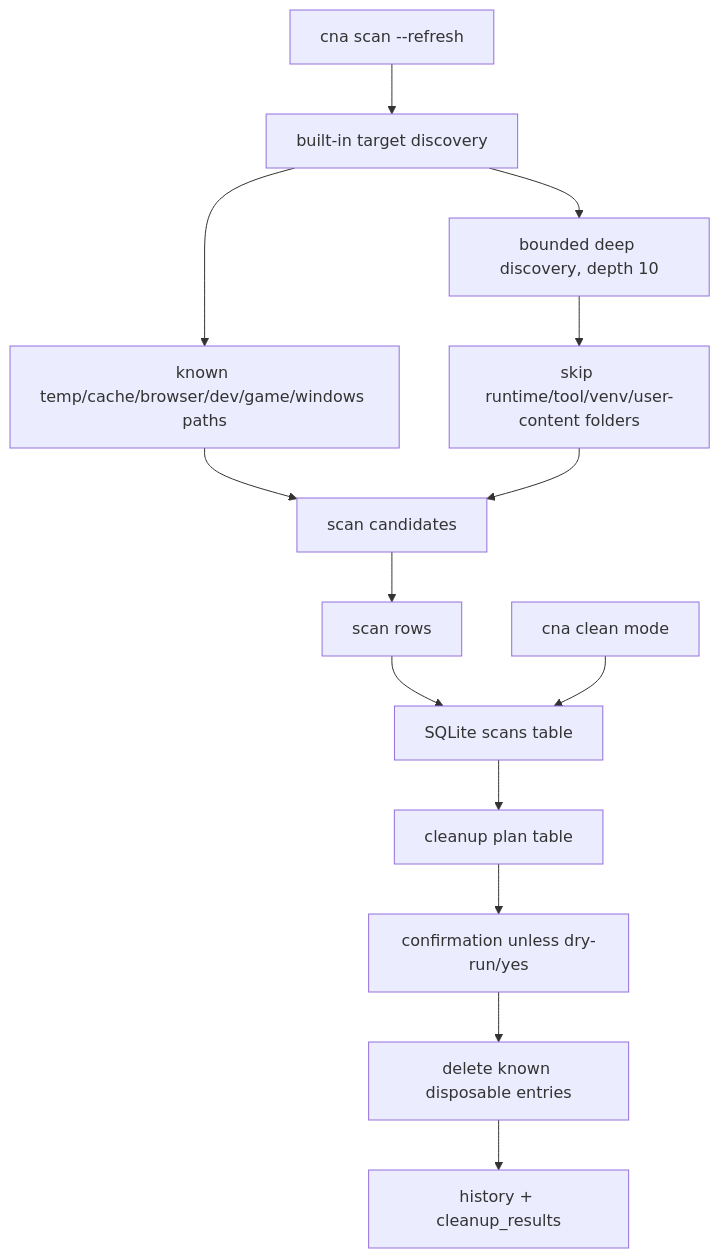
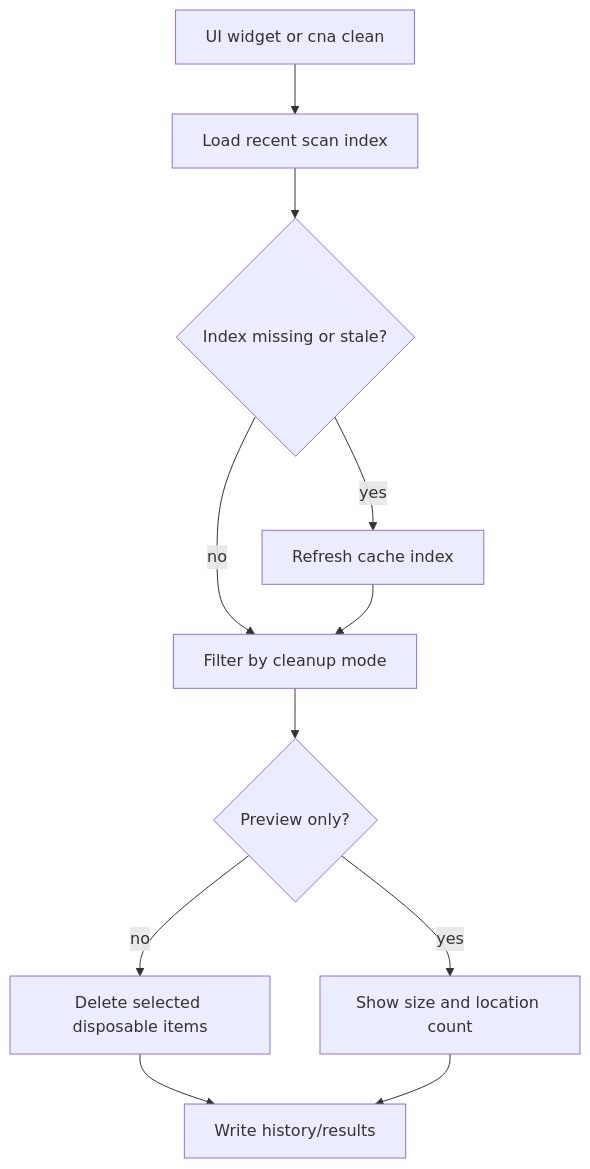
Before and after one commit to snehil-pandey/clean-n-adapt: the fifth of 10 diagrams in ARCHITECTURE.md, drawn with Mermaid. The commit also changed other lines of this file and 10 other files, not shown here.

````diff
--- a/ARCHITECTURE.md
+++ b/ARCHITECTURE.md
@@ -95,16 +80,13 @@
 ```mermaid
 flowchart TD
-    ScanCmd["cna scan --refresh"] --> Targets["built-in target discovery"]
-    Targets --> Known["known temp/cache/browser/dev/game/windows paths"]
-    Targets --> Deep["bounded deep discovery, depth 10"]
-    Deep --> Skip["skip runtime/tool/venv/user-content folders"]
-    Known --> FS["scan candidates"]
-    Skip --> FS
-    FS --> ScanRows["scan rows"]
-    ScanRows --> DB["SQLite scans table"]
-    CleanCmd["cna clean mode"] --> DB
-    DB --> Plan["cleanup plan table"]
-    Plan --> Confirm["confirmation unless dry-run/yes"]
-    Confirm --> Delete["delete known disposable entries"]
-    Delete --> History["history + cleanup_results"]
+    UserAction["UI widget or cna clean"] --> LoadIndex["Load recent scan index"]
+    LoadIndex --> Missing{"Index missing or stale?"}
+    Missing -->|yes| Refresh["Refresh cache index"]
+    Missing -->|no| Filter["Filter by cleanup mode"]
+    Refresh --> Filter
+    Filter --> Preview{"Preview only?"}
+    Preview -->|yes| Show["Show size and location count"]
+    Preview -->|no| Delete["Delete selected disposable items"]
+    Delete --> History["Write history/results"]
+    Show --> History
 ```
````
